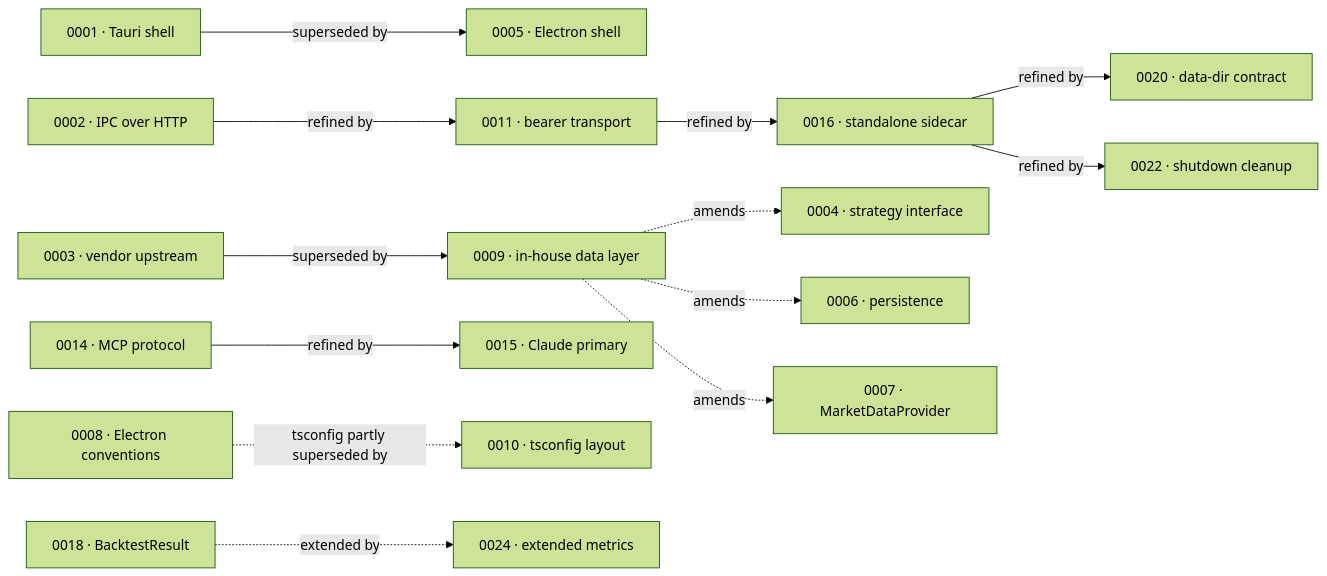
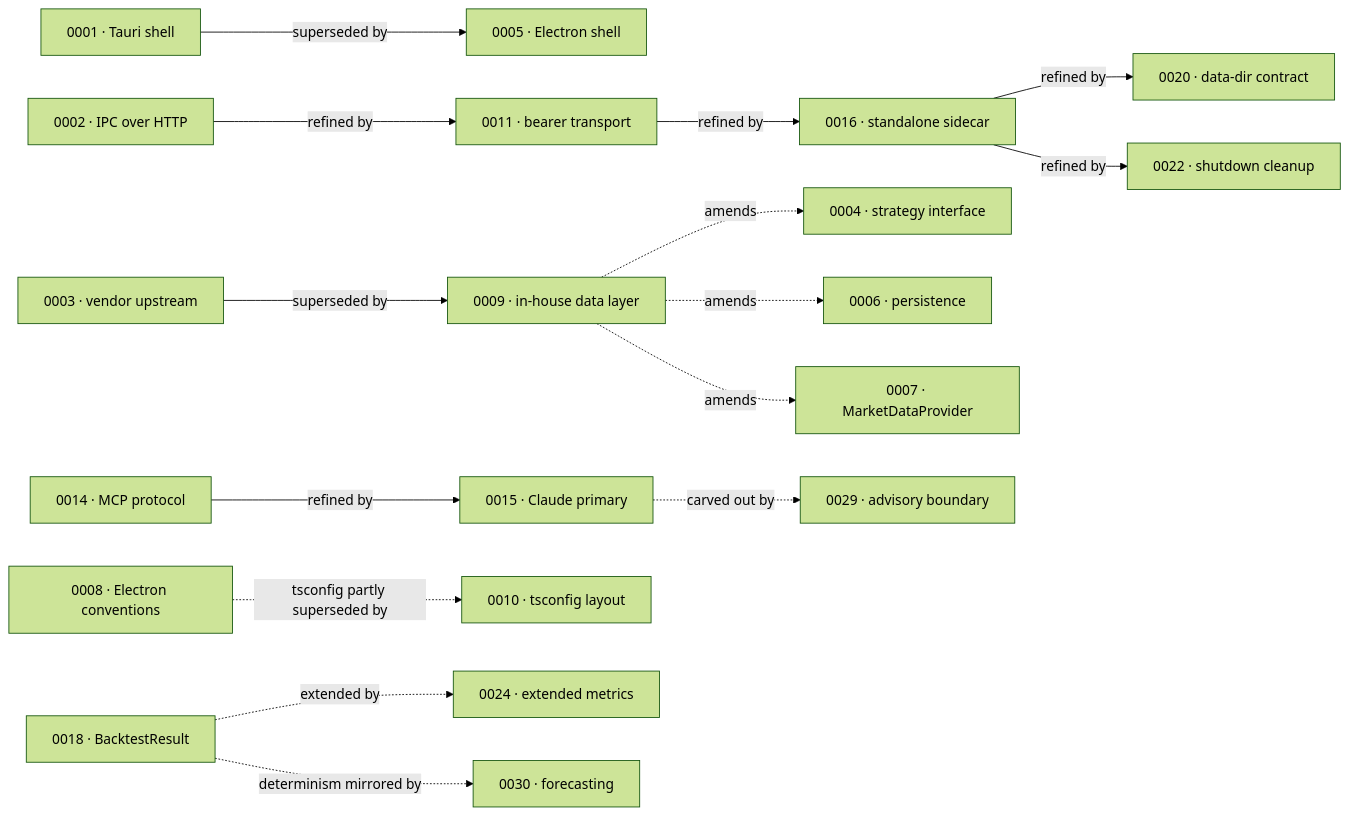
The diagram in docs/architecture/adrs/README.md (IgorKonovalov/market-analyzer), drawn with Mermaid (forest theme) before and after one commit. The commit also changed other lines of this file and 3 other files, not shown here.

First line of the commit message:
docs(architecture): ADR-0029 advisory boundary + ADR-0030 forecasting subsystem

````diff
--- a/docs/architecture/adrs/README.md
+++ b/docs/architecture/adrs/README.md
@@ -44,20 +48,22 @@
 ```mermaid
 flowchart LR
   %% Supersessions (a later ADR replaces an earlier one)
   a0001["0001 · Tauri shell"] -->|superseded by| a0005["0005 · Electron shell"]
   a0003["0003 · vendor upstream"] -->|superseded by| a0009["0009 · in-house data layer"]
 
   %% Refinements (earlier decision stands; later ADR narrows/extends it)
   a0002["0002 · IPC over HTTP"] -->|refined by| a0011["0011 · bearer transport"]
   a0011 -->|refined by| a0016["0016 · standalone sidecar"]
   a0016 -->|refined by| a0020["0020 · data-dir contract"]
   a0016 -->|refined by| a0022["0022 · shutdown cleanup"]
   a0014["0014 · MCP protocol"] -->|refined by| a0015["0015 · Claude primary"]
 
   %% Partial supersede / amend / extend (dashed: earlier ADR's prose still stands)
   a0008["0008 · Electron conventions"] -.->|tsconfig partly superseded by| a0010["0010 · tsconfig layout"]
   a0009 -.->|amends| a0004["0004 · strategy interface"]
   a0009 -.->|amends| a0006["0006 · persistence"]
   a0009 -.->|amends| a0007["0007 · MarketDataProvider"]
   a0018["0018 · BacktestResult"] -.->|extended by| a0024["0024 · extended metrics"]
+  a0015["0015 · Claude primary"] -.->|carved out by| a0029["0029 · advisory boundary"]
+  a0018 -.->|determinism mirrored by| a0030["0030 · forecasting"]
 ```
````
